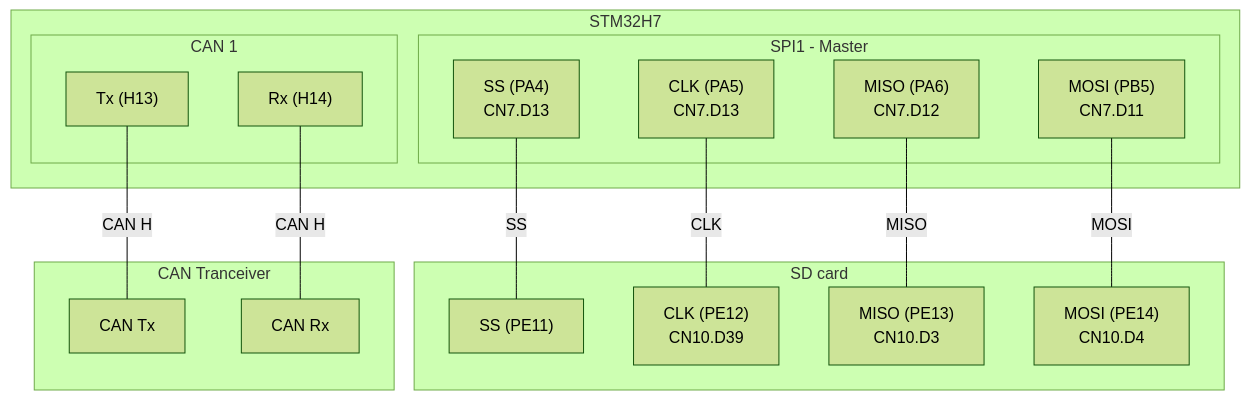
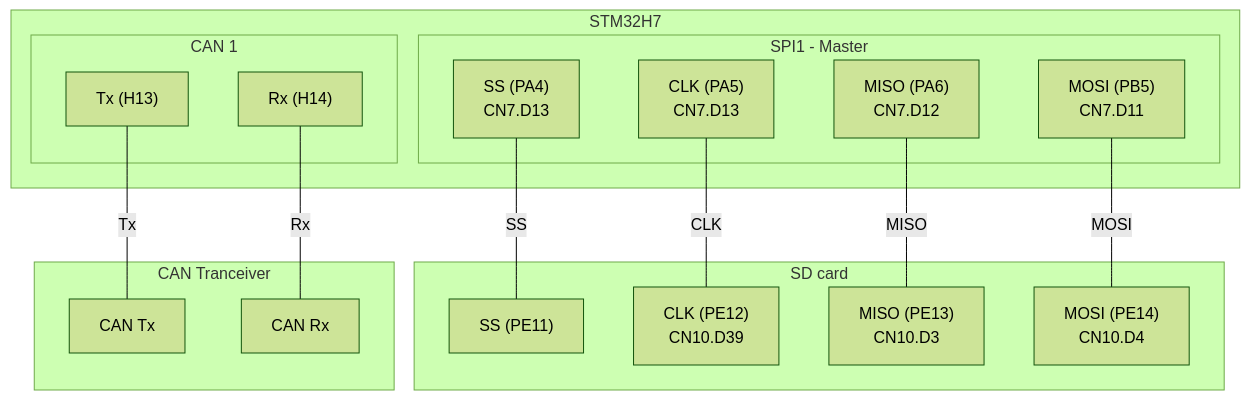
One commit to Clomann/stm32h7-CAN-sniffer changed the third of 3 diagrams in README.md. Above: the diagram before and after it, drawn with Mermaid (forest theme).

Commit message:
updated README: fixed c&p error

````diff
--- a/README.md
+++ b/README.md
@@ -96,39 +96,39 @@
 ```mermaid
 flowchart TD
       subgraph STM32H7 [STM32H7]
             subgraph SPI1 [SPI1 - Master]
                   SPI1_SS["SS (PA4)<br>CN7.D13"]
                   SPI1_CLK["CLK (PA5)<br>CN7.D13"]
                   SPI1_MISO["MISO (PA6)<br>CN7.D12"]
                   SPI1_MOSI["MOSI (PB5)<br>CN7.D11"]
             end
 
             subgraph CAN1 [CAN 1]
                   CAN1_Tx["Tx (H13)<br>"]
                   CAN1_Rx["Rx (H14)<br>"]
             end
       end
 
       subgraph SDCARD [SD card]
             SPI4_SS["SS (PE11)"]
             SPI4_CLK["CLK (PE12)<br>CN10.D39"]
             SPI4_MISO["MISO (PE13)<br>CN10.D3"]
             SPI4_MOSI["MOSI (PE14)<br>CN10.D4"]
       end
 
       subgraph CAN [CAN Tranceiver]
             CANTRANC_Tx["CAN Tx"]
             CANTRANC_Rx["CAN Rx"]
       end
 
       %% Connections with directions
       SPI1_SS --- |SS| SPI4_SS
       SPI1_CLK --- |CLK| SPI4_CLK
       SPI1_MOSI --- |MOSI| SPI4_MOSI
 
-      CAN1_Tx --- |CAN H| CANTRANC_Tx
-      CAN1_Rx --- |CAN H| CANTRANC_Rx
+      CAN1_Tx --- |Tx| CANTRANC_Tx
+      CAN1_Rx --- |Rx| CANTRANC_Rx
 
       SPI1_MISO --- |MISO| SPI4_MISO
 
 ```
````
